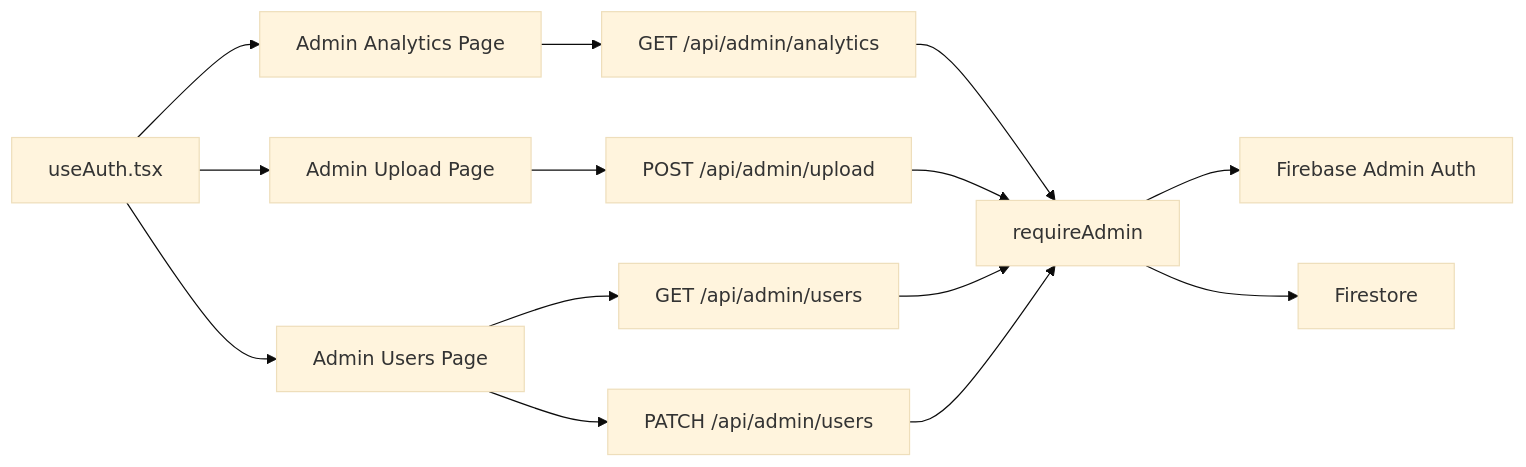
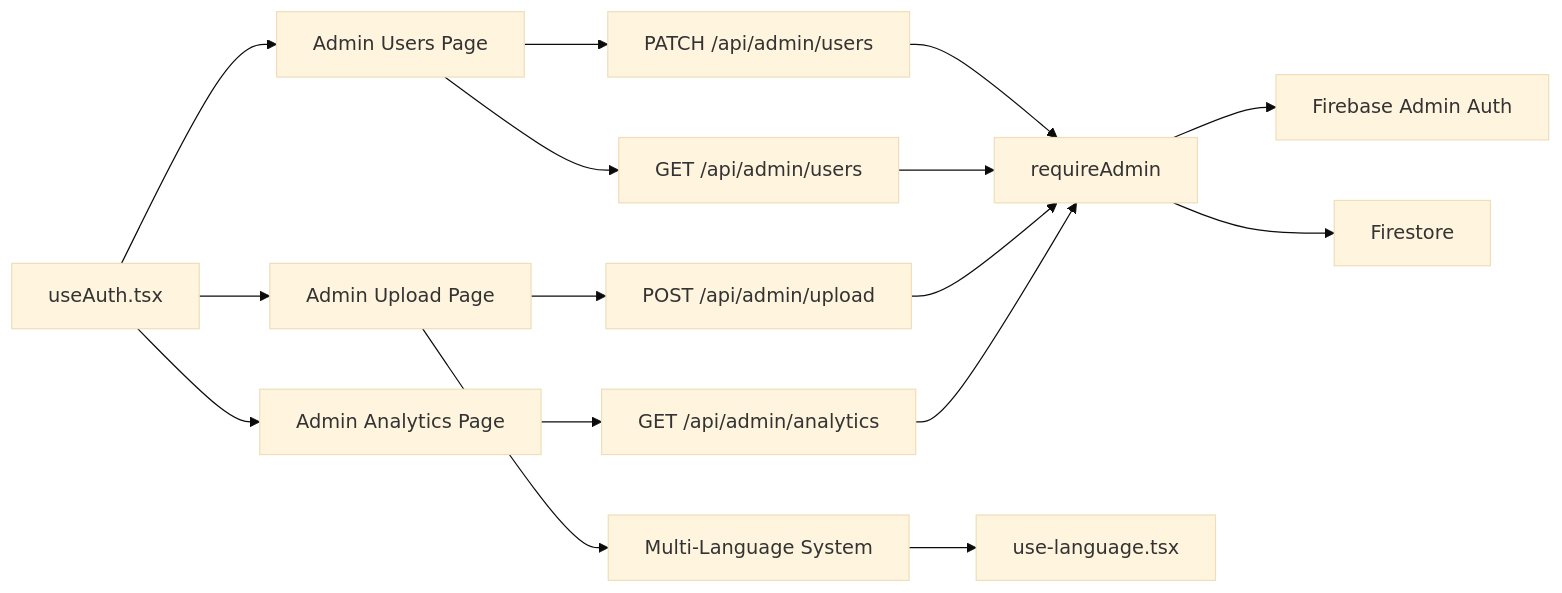
One commit to alikizang/datafrica changed the seventh of 7 diagrams in .qoder/repowiki/en/content/API Reference/Admin Operations APIs.md. Above: the diagram before and after it, drawn with Mermaid (base theme). The commit also changed other lines of this file and 21 other files, not shown here.

````diff
--- a/.qoder/repowiki/en/content/API Reference/Admin Operations APIs.md
+++ b/.qoder/repowiki/en/content/API Reference/Admin Operations APIs.md
@@ -312,16 +336,18 @@
 ```mermaid
 graph LR
 U["useAuth.tsx"] --> P1["Admin Analytics Page"]
 U --> P2["Admin Upload Page"]
 U --> P3["Admin Users Page"]
 P1 --> A1["GET /api/admin/analytics"]
 P2 --> A2["POST /api/admin/upload"]
 P3 --> A3["GET /api/admin/users"]
 P3 --> A4["PATCH /api/admin/users"]
 A1 --> M["requireAdmin"]
 A2 --> M
 A3 --> M
 A4 --> M
 M --> FA["Firebase Admin Auth"]
 M --> FD["Firestore"]
+P2 --> ML["Multi-Language System"]
+ML --> UL["use-language.tsx"]
 ```
````
